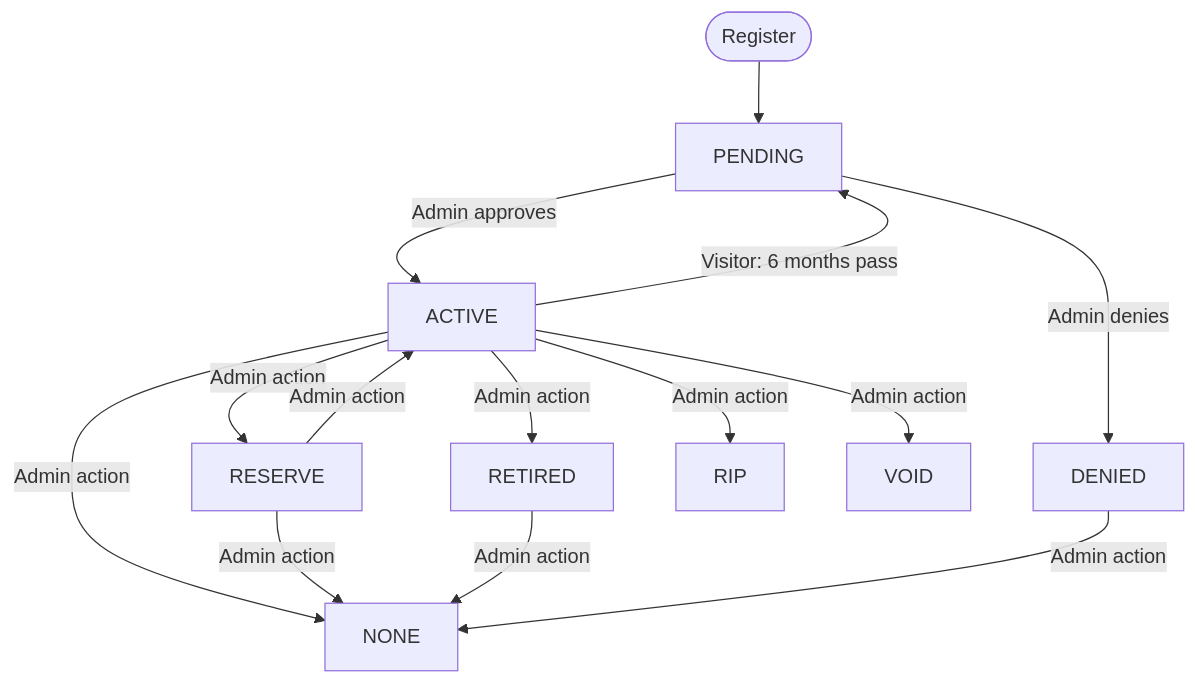
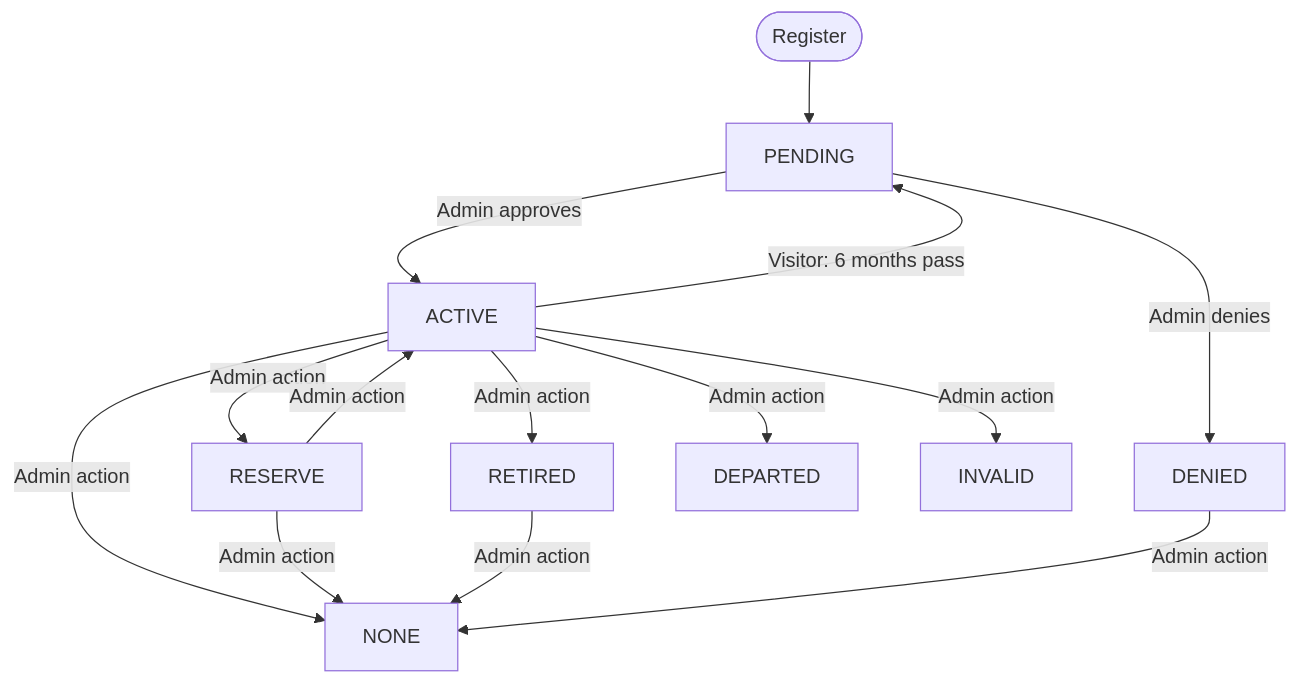
One commit to obsidianslicers/trooper-tracker changed the first of 2 diagrams in docs/MEMBERSHIP_ROLES.md. Above: the diagram before and after it, drawn with Mermaid. The commit also changed other lines of this file and 16 other files, not shown here.

````diff
--- a/docs/MEMBERSHIP_ROLES.md
+++ b/docs/MEMBERSHIP_ROLES.md
@@ -32,16 +32,16 @@
 ```mermaid
 flowchart TD
     A([Register]) --> B[PENDING]
     B -->|Admin approves| C[ACTIVE]
     B -->|Admin denies| D[DENIED]
     C -->|Admin action| E[RESERVE]
     C -->|Admin action| F[RETIRED]
     C -->|Admin action| G[NONE]
-    C -->|Admin action| H[RIP]
-    C -->|Admin action| I[VOID]
+    C -->|Admin action| H[DEPARTED]
+    C -->|Admin action| I[INVALID]
     E -->|Admin action| C
     E -->|Admin action| G
     F -->|Admin action| G
     D -->|Admin action| G
     C -->|Visitor: 6 months pass| B
 ```
````
